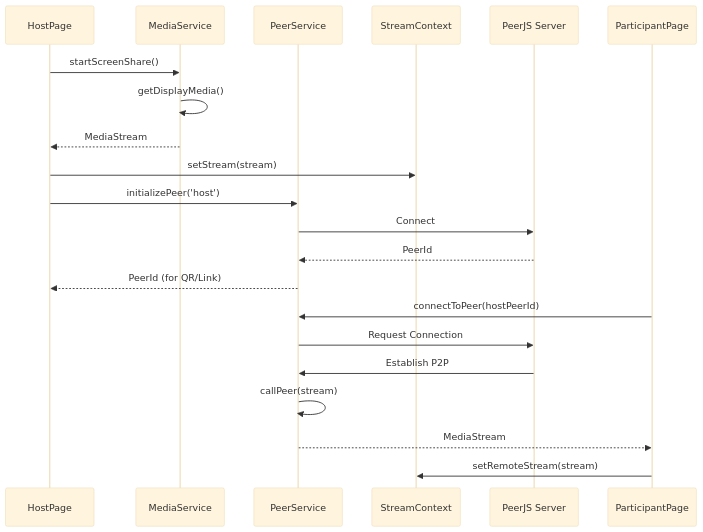
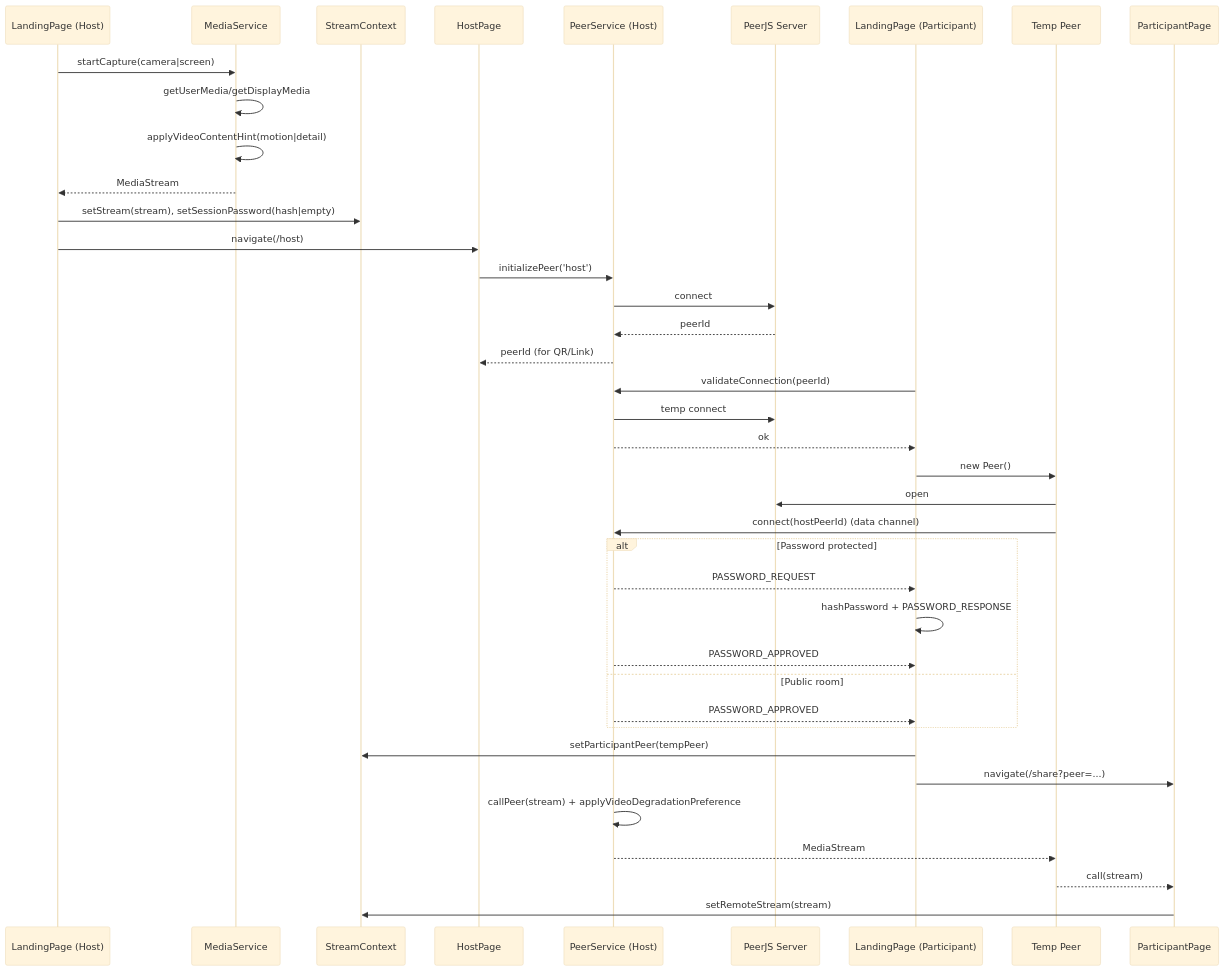
One commit to BackGwa/Perspective changed the first of 9 diagrams in ARCHITECTURE.md. Above: the diagram before and after it, drawn with Mermaid (base theme). The commit also changed other lines of this file, not shown here.

Commit message:
Expand architecture docs with detailed flow diagrams

````diff
--- a/ARCHITECTURE.md
+++ b/ARCHITECTURE.md
@@ -8,27 +8,47 @@
 ```mermaid
 sequenceDiagram
-    participant Host as HostPage
+    participant HostLP as LandingPage (Host)
     participant MS as MediaService
-    participant PS as PeerService
     participant SC as StreamContext
+    participant HostPage as HostPage
+    participant PS as PeerService (Host)
     participant Server as PeerJS Server
-    participant Part as ParticipantPage
+    participant PartLP as LandingPage (Participant)
+    participant PPeer as Temp Peer
+    participant PartPage as ParticipantPage
 
-    Host->>MS: startScreenShare()
-    MS->>MS: getDisplayMedia()
-    MS-->>Host: MediaStream
-    Host->>SC: setStream(stream)
+    HostLP->>MS: startCapture(camera|screen)
+    MS->>MS: getUserMedia/getDisplayMedia
+    MS->>MS: applyVideoContentHint(motion|detail)
+    MS-->>HostLP: MediaStream
+    HostLP->>SC: setStream(stream), setSessionPassword(hash|empty)
+    HostLP->>HostPage: navigate(/host)
 
-    Host->>PS: initializePeer('host')
-    PS->>Server: Connect
-    Server-->>PS: PeerId
-    PS-->>Host: PeerId (for QR/Link)
+    HostPage->>PS: initializePeer('host')
+    PS->>Server: connect
+    Server-->>PS: peerId
+    PS-->>HostPage: peerId (for QR/Link)
 
-    Part->>PS: connectToPeer(hostPeerId)
-    PS->>Server: Request Connection
-    Server->>PS: Establish P2P
-    PS->>PS: callPeer(stream)
+    PartLP->>PS: validateConnection(peerId)
+    PS->>Server: temp connect
+    PS-->>PartLP: ok
 
-    PS-->>Part: MediaStream
-    Part->>SC: setRemoteStream(stream)
+    PartLP->>PPeer: new Peer()
+    PPeer->>Server: open
+    PPeer->>PS: connect(hostPeerId) (data channel)
+
+    alt Password protected
+        PS-->>PartLP: PASSWORD_REQUEST
+        PartLP->>PartLP: hashPassword + PASSWORD_RESPONSE
+        PS-->>PartLP: PASSWORD_APPROVED
+    else Public room
+        PS-->>PartLP: PASSWORD_APPROVED
+    end
+
+    PartLP->>SC: setParticipantPeer(tempPeer)
+    PartLP->>PartPage: navigate(/share?peer=...)
+    PS->>PS: callPeer(stream) + applyVideoDegradationPreference
+    PS-->>PPeer: MediaStream
+    PPeer-->>PartPage: call(stream)
+    PartPage->>SC: setRemoteStream(stream)
 ```
````
